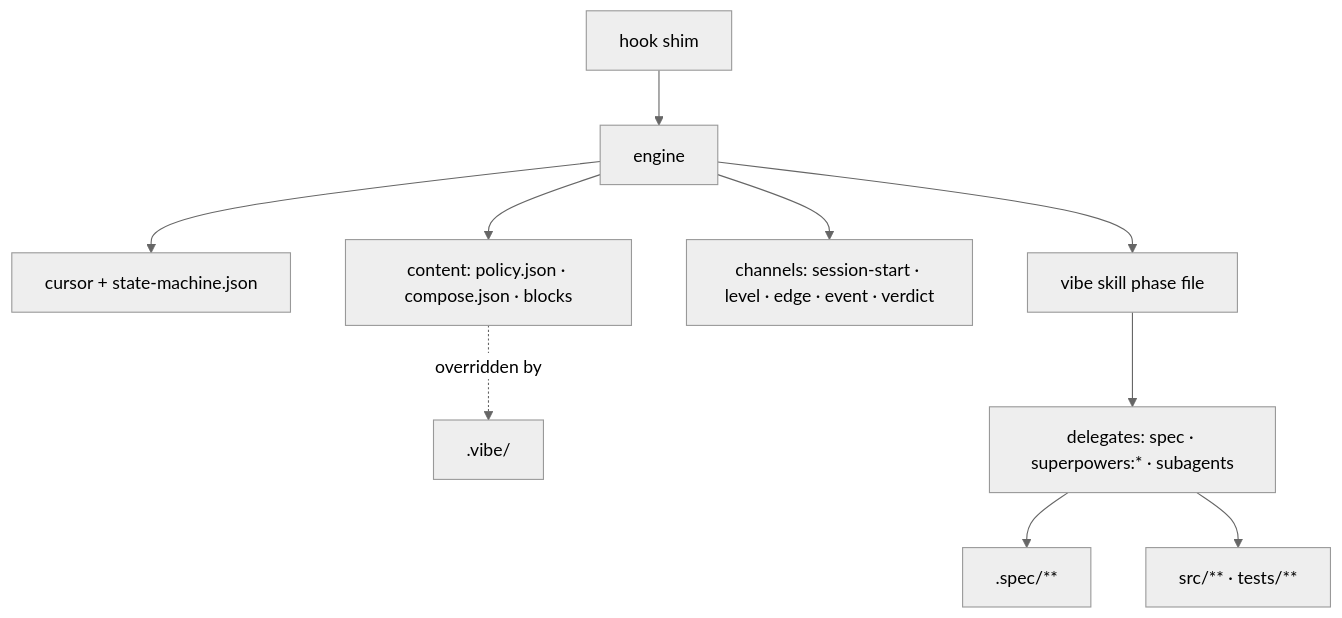
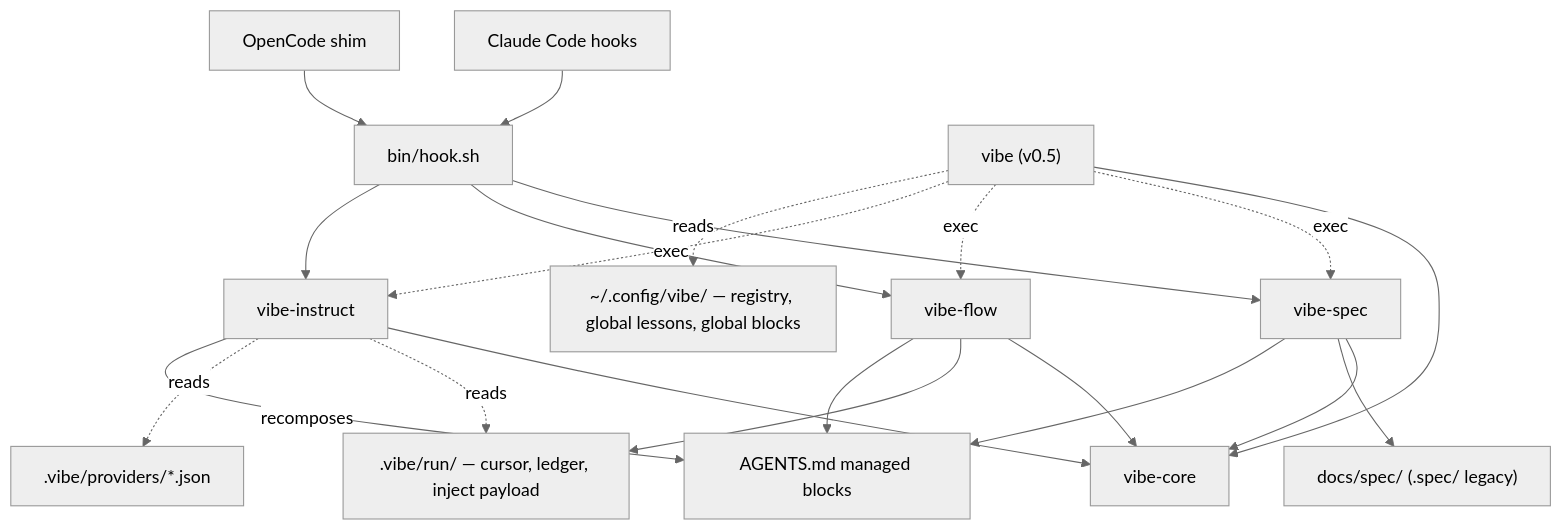
One commit to LennardZuendorf/vibe changed the diagram in .spec/tech.md. Above: the diagram before and after it, drawn with Mermaid (neutral theme). The commit also changed other lines of this file and 40 other files, not shown here.

First line of the commit message:
docs(spec): land v0.4/v0.5 architecture pivot (three tools, one language, no bundle) (#50)

````diff
--- a/.spec/tech.md
+++ b/.spec/tech.md
@@ -43,12 +53,23 @@
 ```mermaid
 flowchart TD
-  H["hook shim"] --> E["engine"]
-  E --> C["cursor + state-machine.json"]
-  E --> N["content: policy.json · compose.json · blocks"]
-  N -. overridden by .-> O[".vibe/"]
-  E --> INJ["channels: session-start · level · edge · event · verdict"]
-  E --> K["vibe skill phase file"]
-  K --> D["delegates: spec · superpowers:* · subagents"]
-  D --> SPEC[".spec/**"]
-  D --> SRC["src/** · tests/**"]
+  CC["Claude Code hooks"] --> SHIM["bin/hook.sh"]
+  OC["OpenCode shim"] --> SHIM
+  SHIM --> SP["vibe-spec"]
+  SHIM --> FL["vibe-flow"]
+  SHIM --> IN["vibe-instruct"]
+  SP --> CORE["vibe-core"]
+  FL --> CORE
+  IN --> CORE
+  CLI["vibe (v0.5)"] --> CORE
+  CLI -.exec.-> SP
+  CLI -.exec.-> FL
+  CLI -.exec.-> IN
+  FL --> RUN[".vibe/run/ — cursor, ledger, inject payload"]
+  IN -.reads.-> RUN
+  IN -.reads.-> PROV[".vibe/providers/*.json"]
+  SP --> DOCS["docs/spec/ (.spec/ legacy)"]
+  SP --> MD["AGENTS.md managed blocks"]
+  FL --> MD
+  IN -->|recomposes| MD
+  CLI -.reads.-> GLOB["~/.config/vibe/ — registry, global lessons, global blocks"]
 ```
````
